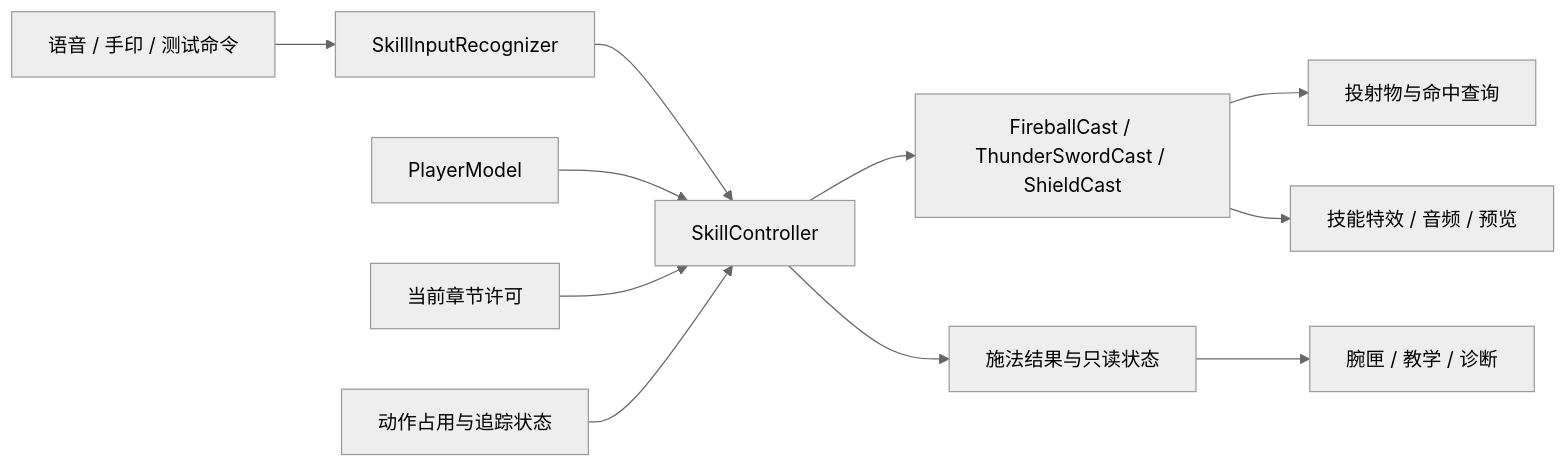
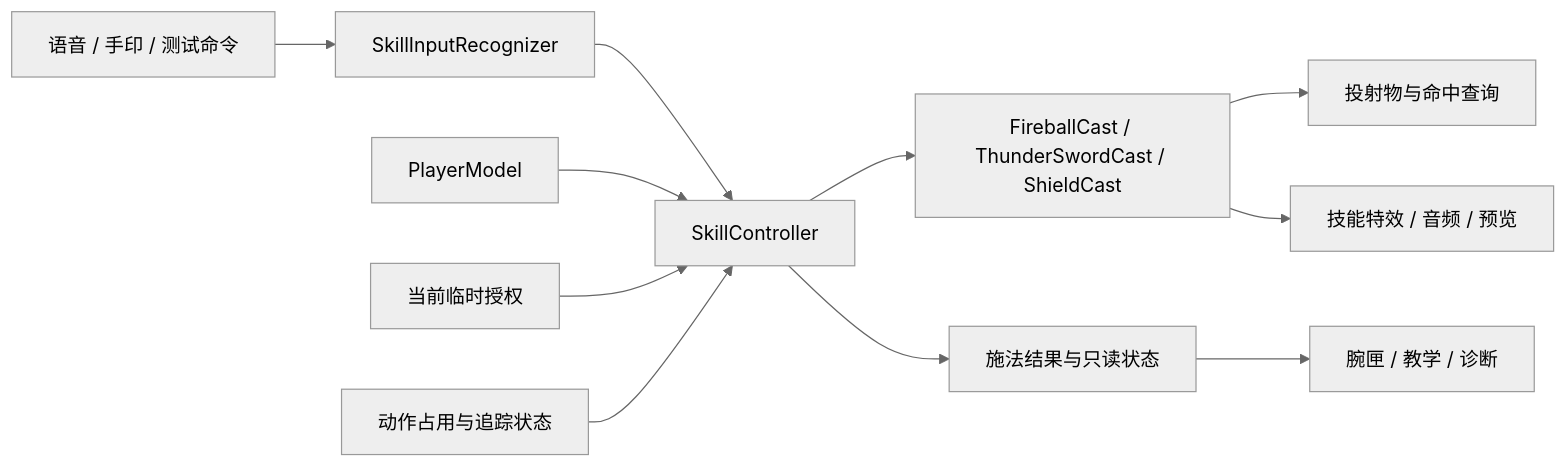
Before and after one commit to lphahapl/unity-xr-multimodal-spellcasting: the first of 4 diagrams in docs/architecture/FULL_MODULE_MVC_REFACTOR_PROPOSAL_20261109_ZH.md, drawn with Mermaid (neutral theme). The commit also changed other lines of this file and 3422 other files, not shown here.

````diff
--- a/docs/architecture/FULL_MODULE_MVC_REFACTOR_PROPOSAL_20261109_ZH.md
+++ b/docs/architecture/FULL_MODULE_MVC_REFACTOR_PROPOSAL_20261109_ZH.md
@@ -143,13 +143,13 @@
 ```mermaid
 flowchart LR
     Input[语音 / 手印 / 测试命令] --> Recognizer[SkillInputRecognizer]
     Recognizer --> Controller[SkillController]
     Player[PlayerModel] --> Controller
-    Permit[当前章节许可] --> Controller
+    Permit[当前临时授权] --> Controller
     Ownership[动作占用与追踪状态] --> Controller
     Controller --> Cast[FireballCast / ThunderSwordCast / ShieldCast]
     Cast --> World[投射物与命中查询]
     Cast --> VFX[技能特效 / 音频 / 预览]
     Controller --> Result[施法结果与只读状态]
     Result --> UI[腕匣 / 教学 / 诊断]
 ```
````
